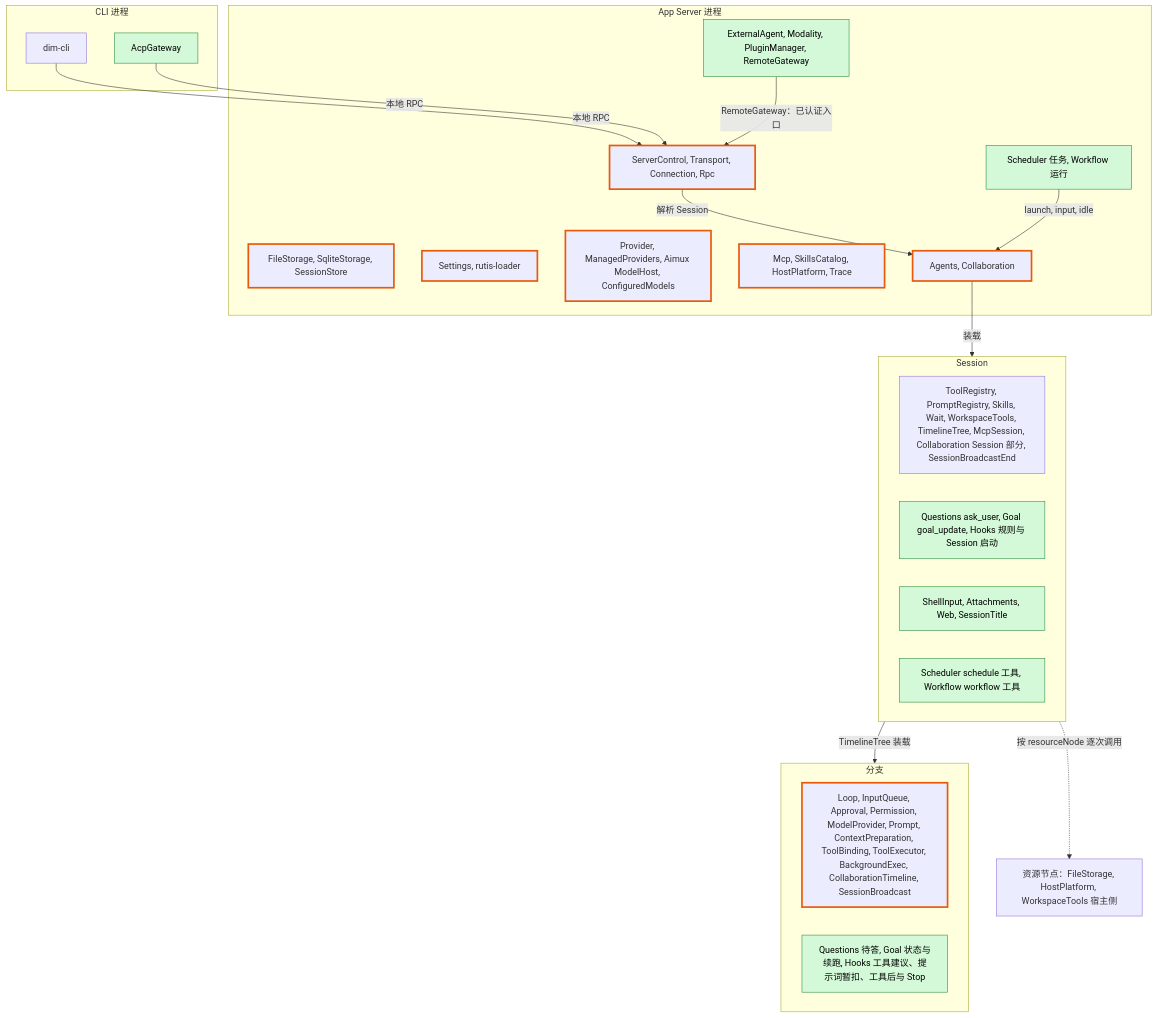
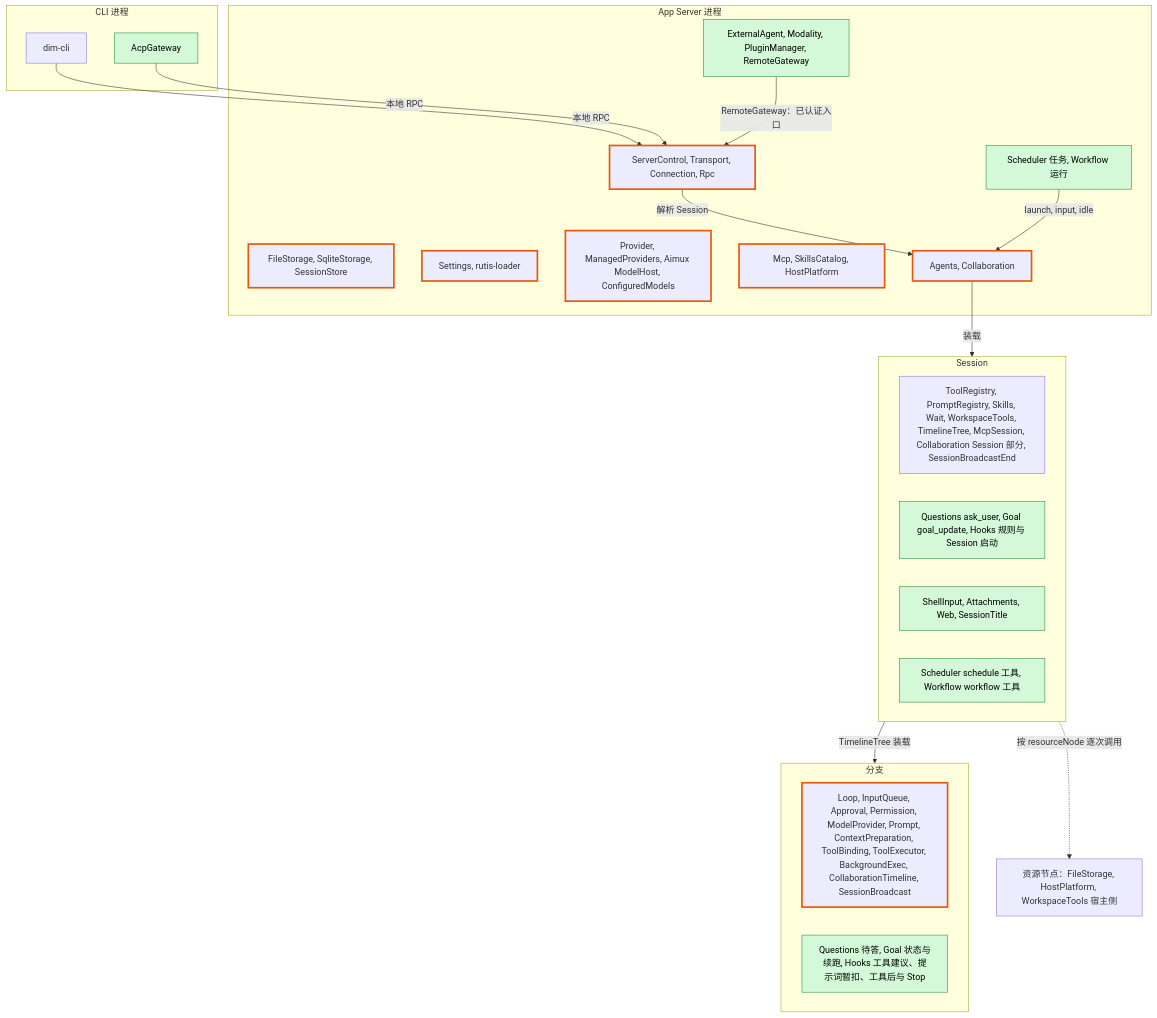
Before and after one commit to CoutinhoTTS/dim-agent: the first of 8 diagrams in docs/zh/design/overview.md, drawn with Mermaid. The commit also changed other lines of this file and 23 other files, not shown here.

First line of the commit message:
docs: retire the trace archive from the design and architecture pages

````diff
--- a/docs/zh/design/overview.md
+++ b/docs/zh/design/overview.md
@@ -25,40 +25,40 @@
 ```mermaid
 flowchart TB
   classDef new fill:#d3f9d8,stroke:#2b8a3e,color:#000
   classDef changed stroke:#e8590c,stroke-width:3px
 
   subgraph CLIP["CLI 进程"]
     cli["dim-cli"]
     acp["AcpGateway"]:::new
   end
   subgraph PROC["App Server 进程"]
     entry["ServerControl, Transport, Connection, Rpc"]:::changed
     store["FileStorage, SqliteStorage, SessionStore"]:::changed
     cfg["Settings, rutis-loader"]:::changed
     models["Provider, ManagedProviders, Aimux ModelHost, ConfiguredModels"]:::changed
-    cat["Mcp, SkillsCatalog, HostPlatform, Trace"]:::changed
+    cat["Mcp, SkillsCatalog, HostPlatform"]:::changed
     agents["Agents, Collaboration"]:::changed
     pnew["Scheduler 任务, Workflow 运行"]:::new
     pext["ExternalAgent, Modality, PluginManager, RemoteGateway"]:::new
   end
   subgraph SES["Session"]
     sexist["ToolRegistry, PromptRegistry, Skills, Wait, WorkspaceTools, TimelineTree, McpSession, Collaboration Session 部分, SessionBroadcastEnd"]
     snew1["Questions ask_user, Goal goal_update, Hooks 规则与 Session 启动"]:::new
     snew2["ShellInput, Attachments, Web, SessionTitle"]:::new
     snew3["Scheduler schedule 工具, Workflow workflow 工具"]:::new
   end
   subgraph BR["分支"]
     bexist["Loop, InputQueue, Approval, Permission, ModelProvider, Prompt, ContextPreparation, ToolBinding, ToolExecutor, BackgroundExec, CollaborationTimeline, SessionBroadcast"]:::changed
     bnew["Questions 待答, Goal 状态与续跑, Hooks 工具建议、提示词暂扣、工具后与 Stop"]:::new
   end
   rn["资源节点：FileStorage, HostPlatform, WorkspaceTools 宿主侧"]
 
   cli -->|"本地 RPC"| entry
   acp -->|"本地 RPC"| entry
   pext -->|"RemoteGateway：已认证入口"| entry
   entry -->|"解析 Session"| agents
   agents -->|"装载"| SES
   SES -->|"TimelineTree 装载"| BR
   pnew -->|"launch, input, idle"| agents
   SES -.->|"按 resourceNode 逐次调用"| rn
 ```
````
